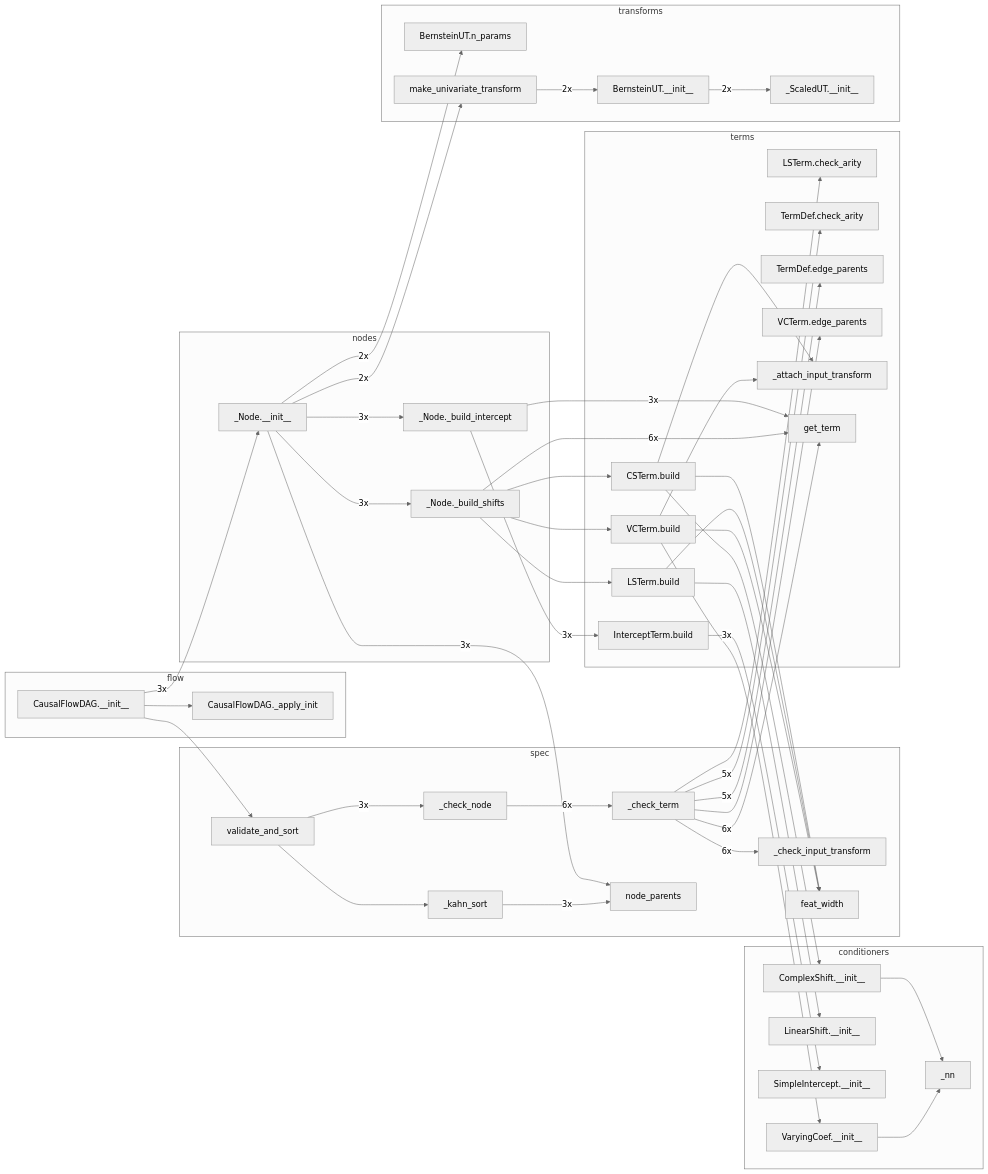
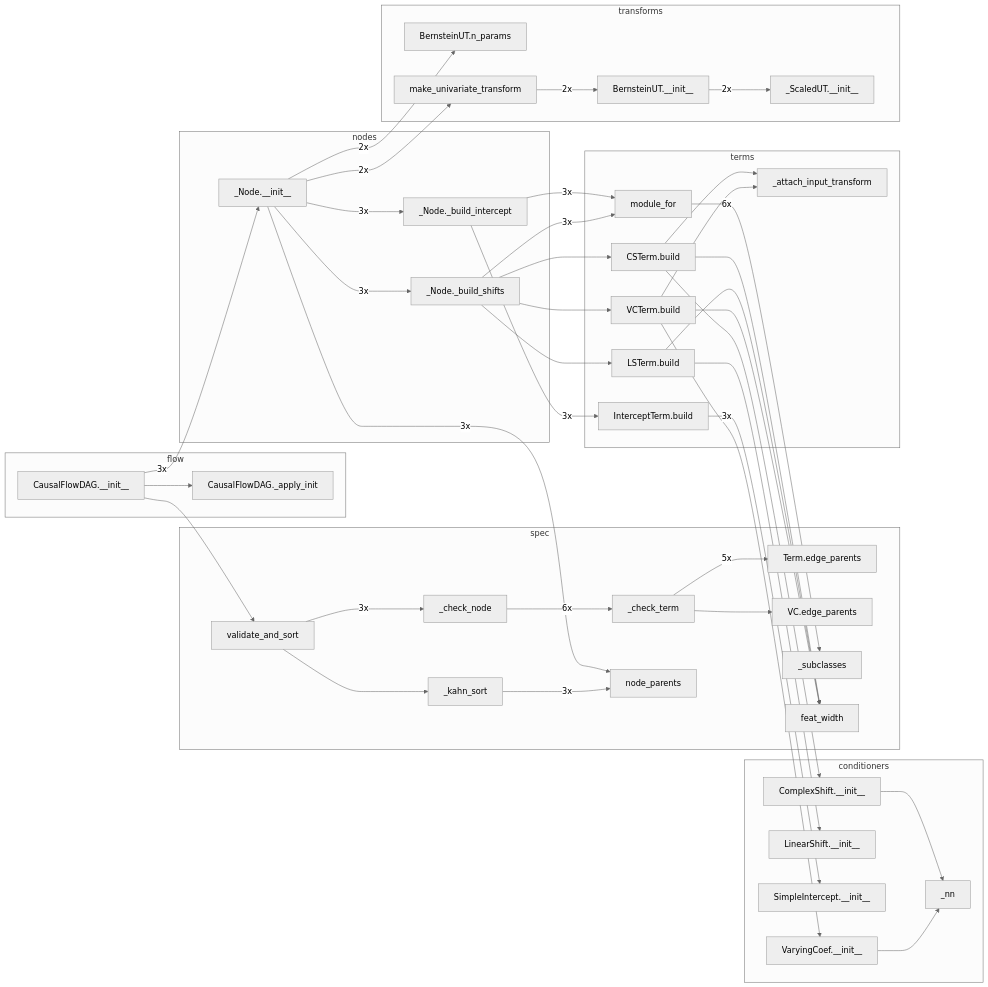
One commit to tensorchiefs/tramdag changed the fifth of 6 diagrams in docs/architecture.md. Above: the diagram before and after it, drawn with Mermaid (neutral theme). The commit also changed other lines of this file and 13 other files, not shown here.

````diff
--- a/docs/architecture.md
+++ b/docs/architecture.md
@@ -279,8 +307,8 @@
 flowchart LR
   subgraph conditioners
     n0["ComplexShift.__init__"]
-    n28["LinearShift.__init__"]
-    n27["SimpleIntercept.__init__"]
+    n25["LinearShift.__init__"]
+    n24["SimpleIntercept.__init__"]
     n2["VaryingCoef.__init__"]
     n1["_nn"]
   end
@@ -294,11 +322,13 @@
     n8["_Node._build_shifts"]
   end
   subgraph spec
-    n19["_check_input_transform"]
+    n19["Term.edge_parents"]
+    n20["VC.edge_parents"]
     n17["_check_node"]
     n18["_check_term"]
-    n24["_kahn_sort"]
-    n25["feat_width"]
+    n21["_kahn_sort"]
+    n26["_subclasses"]
+    n22["feat_width"]
     n9["node_parents"]
     n6["validate_and_sort"]
   end
@@ -306,18 +336,14 @@
     n14["CSTerm.build"]
     n12["InterceptTerm.build"]
     n15["LSTerm.build"]
-    n20["LSTerm.check_arity"]
-    n21["TermDef.check_arity"]
-    n22["TermDef.edge_parents"]
     n16["VCTerm.build"]
-    n23["VCTerm.edge_parents"]
-    n26["_attach_input_transform"]
-    n13["get_term"]
+    n23["_attach_input_transform"]
+    n13["module_for"]
   end
   subgraph transforms
-    n29["BernsteinUT.__init__"]
+    n27["BernsteinUT.__init__"]
     n10["BernsteinUT.n_params"]
-    n30["_ScaledUT.__init__"]
+    n28["_ScaledUT.__init__"]
     n11["make_univariate_transform"]
   end
     n0 --> n1
@@ -335,26 +361,23 @@
     n8 --> n14
     n8 --> n15
     n8 --> n16
-    n8 -- "6x" --> n13
+    n8 -- "3x" --> n13
     n17 -- "6x" --> n18
-    n18 -- "6x" --> n19
+    n18 -- "5x" --> n19
     n18 --> n20
-    n18 -- "5x" --> n21
-    n18 -- "5x" --> n22
-    n18 --> n23
-    n18 -- "6x" --> n13
-    n24 -- "3x" --> n9
+    n21 -- "3x" --> n9
     n6 -- "3x" --> n17
-    n6 --> n24
+    n6 --> n21
     n14 --> n0
-    n14 --> n25
-    n14 --> n26
-    n12 -- "3x" --> n27
-    n15 --> n28
+    n14 --> n22
+    n14 --> n23
+    n12 -- "3x" --> n24
     n15 --> n25
+    n15 --> n22
     n16 --> n2
-    n16 --> n25
-    n16 --> n26
-    n29 -- "2x" --> n30
-    n11 -- "2x" --> n29
+    n16 --> n22
+    n16 --> n23
+    n13 -- "6x" --> n26
+    n27 -- "2x" --> n28
+    n11 -- "2x" --> n27
 ```
````
